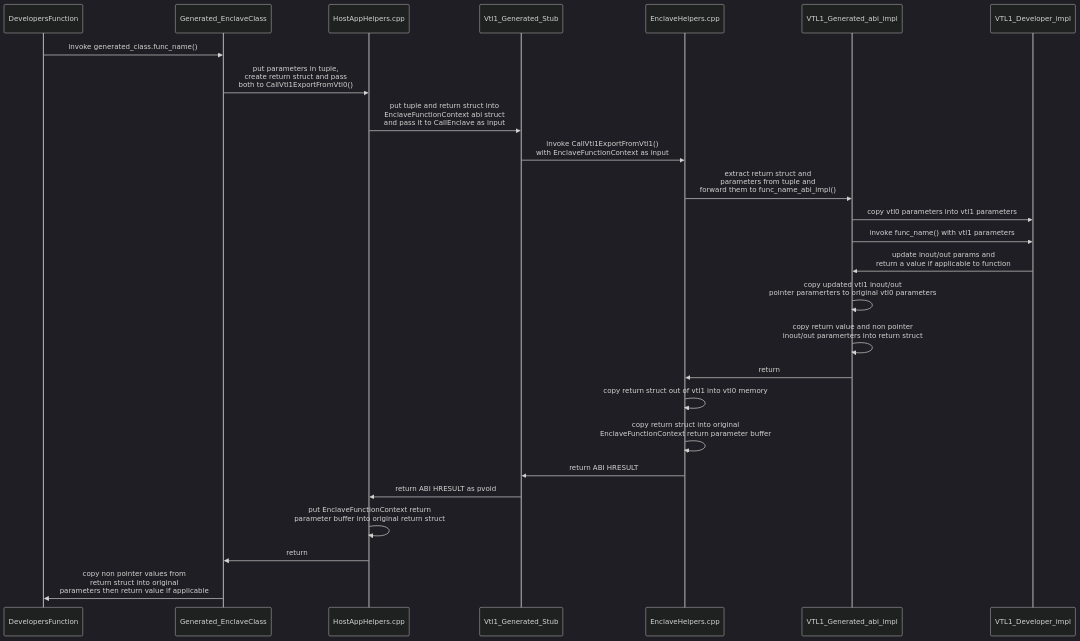
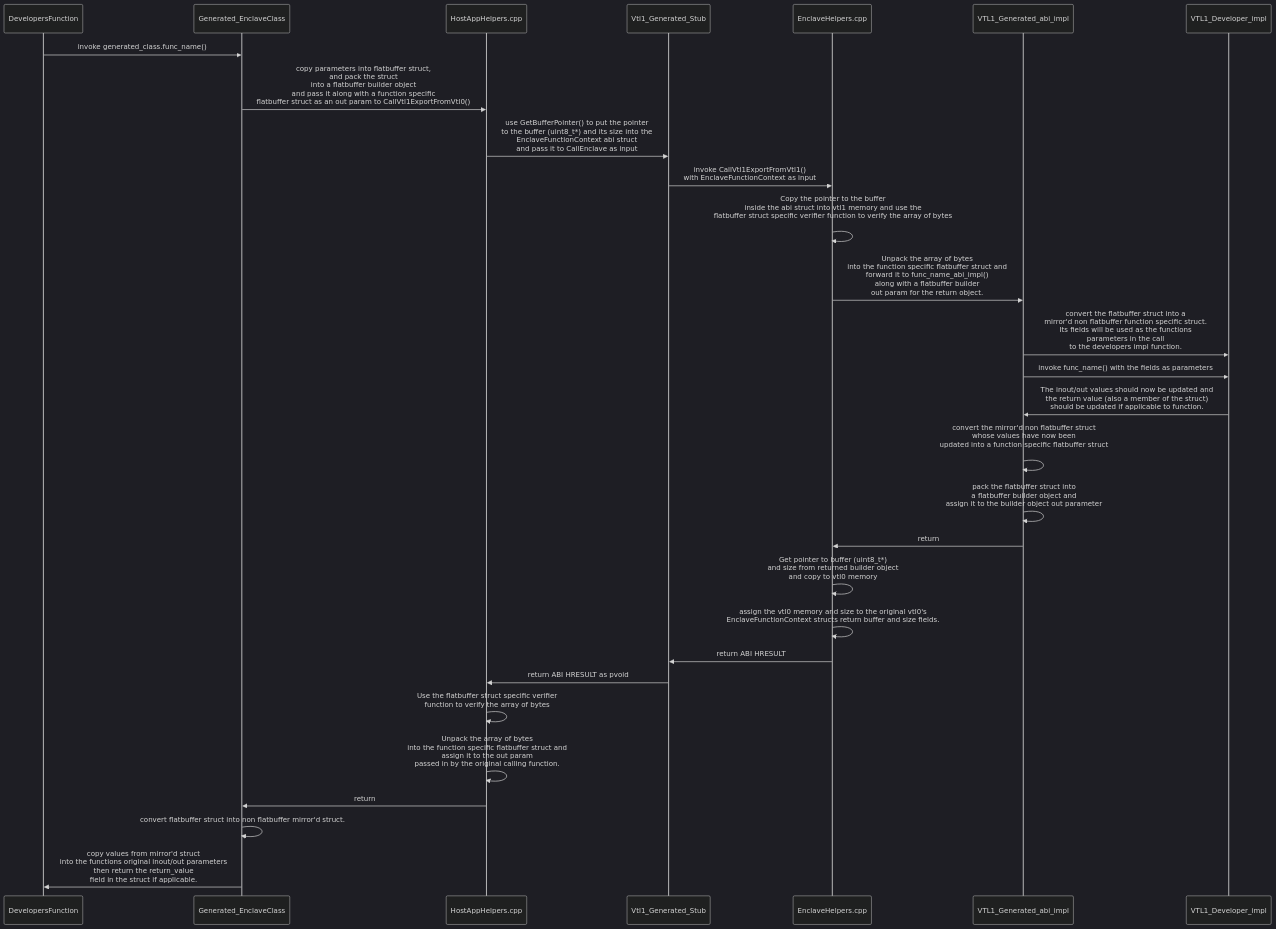
One commit to microsoft/VbsEnclaveTooling changed the first of 2 diagrams in docs/CodeGeneration.md. Above: the diagram before and after it, drawn with Mermaid (dark theme). The commit also changed other lines of this file and 3 other files, not shown here.

````diff
--- a/docs/CodeGeneration.md
+++ b/docs/CodeGeneration.md
@@ -362,29 +284,32 @@
 ```mermaid
 sequenceDiagram
     participant DevelopersFunction
     participant Generated_EnclaveClass
     participant HostAppHelpers.cpp
     participant Vtl1_Generated_Stub
     participant EnclaveHelpers.cpp
     participant VTL1_Generated_abi_impl
     participant VTL1_Developer_impl
 
     DevelopersFunction->>Generated_EnclaveClass: invoke generated_class.func_name()
-    Generated_EnclaveClass->>HostAppHelpers.cpp: put parameters in tuple, <br> create return struct and pass <br> both to CallVtl1ExportFromVtl0()
-    HostAppHelpers.cpp->>Vtl1_Generated_Stub: put tuple and return struct into <br> EnclaveFunctionContext abi struct <br> and pass it to CallEnclave as input
+    Generated_EnclaveClass->>HostAppHelpers.cpp: copy parameters into flatbuffer struct, <br> and pack the struct <br> into a flatbuffer builder object<br> and pass it  along with a function specific <br> flatbuffer struct as an out param to CallVtl1ExportFromVtl0()
+    HostAppHelpers.cpp->>Vtl1_Generated_Stub: use GetBufferPointer() to put the pointer <br> to the buffer (uint8_t*) and its size into the <br> EnclaveFunctionContext abi struct <br> and pass it to CallEnclave as input
     Vtl1_Generated_Stub->>EnclaveHelpers.cpp: invoke CallVtl1ExportFromVtl1() <br> with EnclaveFunctionContext as input
-    EnclaveHelpers.cpp->>VTL1_Generated_abi_impl: extract return struct and <br> parameters from tuple and <br> forward them to func_name_abi_impl()
-    VTL1_Generated_abi_impl->>VTL1_Developer_impl:copy vtl0 parameters into vtl1 parameters
-    VTL1_Generated_abi_impl->>VTL1_Developer_impl:invoke func_name() with vtl1 parameters
-    VTL1_Developer_impl->>VTL1_Generated_abi_impl: update inout/out params and <br> return a value if applicable to function
-    VTL1_Generated_abi_impl->>VTL1_Generated_abi_impl: copy updated vtl1 inout/out <br> pointer paramerters to original vtl0 parameters
-    VTL1_Generated_abi_impl->>VTL1_Generated_abi_impl: copy return value and non pointer <br> inout/out paramerters into return struct
+    EnclaveHelpers.cpp->>EnclaveHelpers.cpp: Copy the pointer to the buffer <br> inside the abi struct into vtl1 memory and use the <br> flatbuffer struct specific verifier function to verify the array of bytes<br>
+    EnclaveHelpers.cpp->>VTL1_Generated_abi_impl:  Unpack the array of bytes <br> into the function specific flatbuffer struct and <br> forward it to func_name_abi_impl() <br> along with a flatbuffer builder <br> out param for the return object.
+    VTL1_Generated_abi_impl->>VTL1_Developer_impl:convert the flatbuffer struct into a <br> mirror'd non flatbuffer function specific struct. <br> Its fields will be used as the functions <br> parameters in the call <br> to the developers impl function.
+    VTL1_Generated_abi_impl->>VTL1_Developer_impl:invoke func_name() with the fields as parameters
+    VTL1_Developer_impl->>VTL1_Generated_abi_impl: The inout/out values should now be updated and <br> the return value (also a member of the struct) <br> should be updated if applicable to function.
+    VTL1_Generated_abi_impl->>VTL1_Generated_abi_impl: convert the mirror'd non flatbuffer struct <br> whose values have now been <br> updated into a function specific flatbuffer struct <br>
+    VTL1_Generated_abi_impl->>VTL1_Generated_abi_impl: pack the flatbuffer struct into <br> a flatbuffer builder object and<br> assign it to the builder object out parameter
     VTL1_Generated_abi_impl->>EnclaveHelpers.cpp: return 
-    EnclaveHelpers.cpp->>EnclaveHelpers.cpp: copy return struct out of vtl1 into vtl0 memory
-    EnclaveHelpers.cpp->>EnclaveHelpers.cpp: copy return struct into original <br> EnclaveFunctionContext return parameter buffer
+    EnclaveHelpers.cpp->>EnclaveHelpers.cpp: Get pointer to buffer (uint8_t*) <br> and size from returned builder object <br> and copy to vtl0 memory
+    EnclaveHelpers.cpp->>EnclaveHelpers.cpp: assign the vtl0 memory and size to the original vtl0's <br> EnclaveFunctionContext structs return buffer and size fields.
     EnclaveHelpers.cpp->>Vtl1_Generated_Stub: return ABI HRESULT
     Vtl1_Generated_Stub->>HostAppHelpers.cpp: return ABI HRESULT as pvoid
-    HostAppHelpers.cpp->>HostAppHelpers.cpp: put EnclaveFunctionContext return <br> parameter buffer into original return struct
+    HostAppHelpers.cpp->>HostAppHelpers.cpp: Use the flatbuffer struct specific verifier <br> function to verify the array of bytes
+    HostAppHelpers.cpp->>HostAppHelpers.cpp: Unpack the array of bytes <br> into the function specific flatbuffer struct and <br> assign it to the out param <br> passed in by the original calling function.
     HostAppHelpers.cpp->>Generated_EnclaveClass: return
-    Generated_EnclaveClass->>DevelopersFunction: copy non pointer values from <br> return struct into original <br> parameters then return value if applicable
+    Generated_EnclaveClass->>Generated_EnclaveClass: convert flatbuffer struct into non flatbuffer mirror'd struct.
+    Generated_EnclaveClass->>DevelopersFunction: copy values from mirror'd struct <br> into the functions original inout/out parameters <br> then return the return_value <br> field in the struct if applicable.
 ```
````
